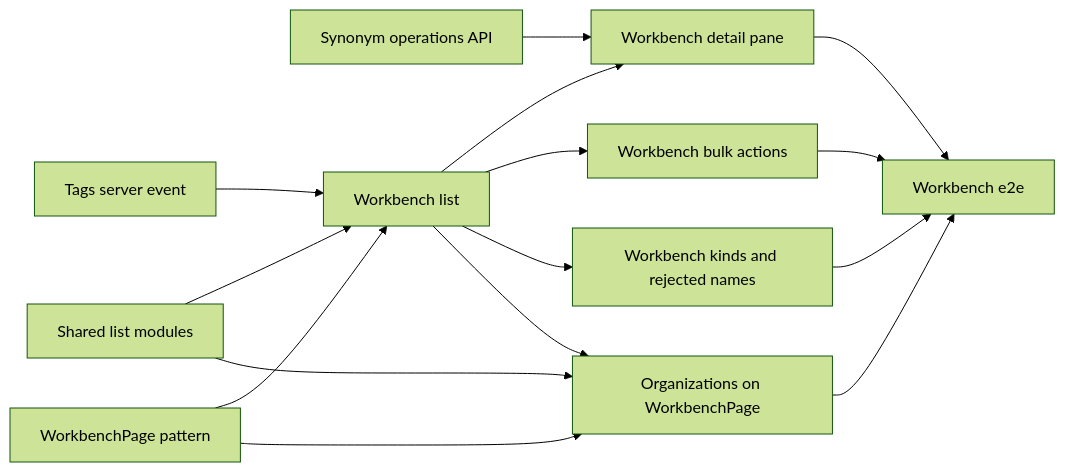
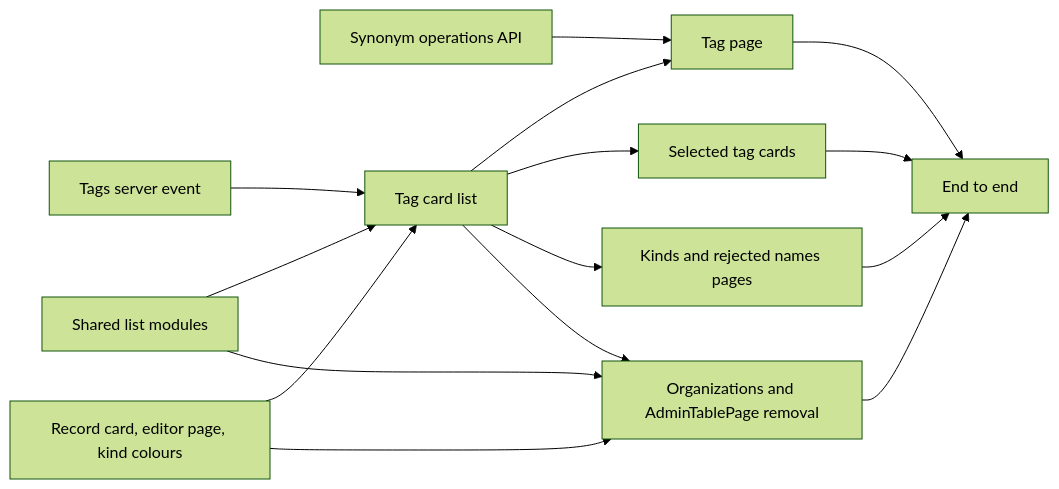
The fourth of 4 diagrams in specs/070-tag-workbench/plan.md (syudead/vv), drawn with Mermaid (forest theme) before and after one commit. The commit also changed other lines of this file and 1 other file, not shown here.

First line of the commit message:
Revise the tag plan to cards and a tag page

````diff
--- a/specs/070-tag-workbench/plan.md
+++ b/specs/070-tag-workbench/plan.md
@@ -225,17 +255,17 @@
 ```mermaid
 flowchart LR
-  ops[Synonym operations API] --> detail[Workbench detail pane]
-  ev[Tags server event] --> list[Workbench list]
+  ops[Synonym operations API] --> page[Tag page]
+  ev[Tags server event] --> list[Tag card list]
   move[Shared list modules] --> list
-  pat[WorkbenchPage pattern] --> list
-  list --> detail
-  list --> bulk[Workbench bulk actions]
-  list --> views[Workbench kinds and rejected names]
-  move --> orgs[Organizations on WorkbenchPage]
-  pat --> orgs
+  ds[Record card, editor page, kind colours] --> list
+  list --> page
+  list --> bulk[Selected tag cards]
+  list --> views[Kinds and rejected names pages]
+  move --> orgs[Organizations and AdminTablePage removal]
+  ds --> orgs
   list --> orgs
-  detail --> e2e[Workbench e2e]
+  page --> e2e[End to end]
   bulk --> e2e
   views --> e2e
   orgs --> e2e
 ```
````
